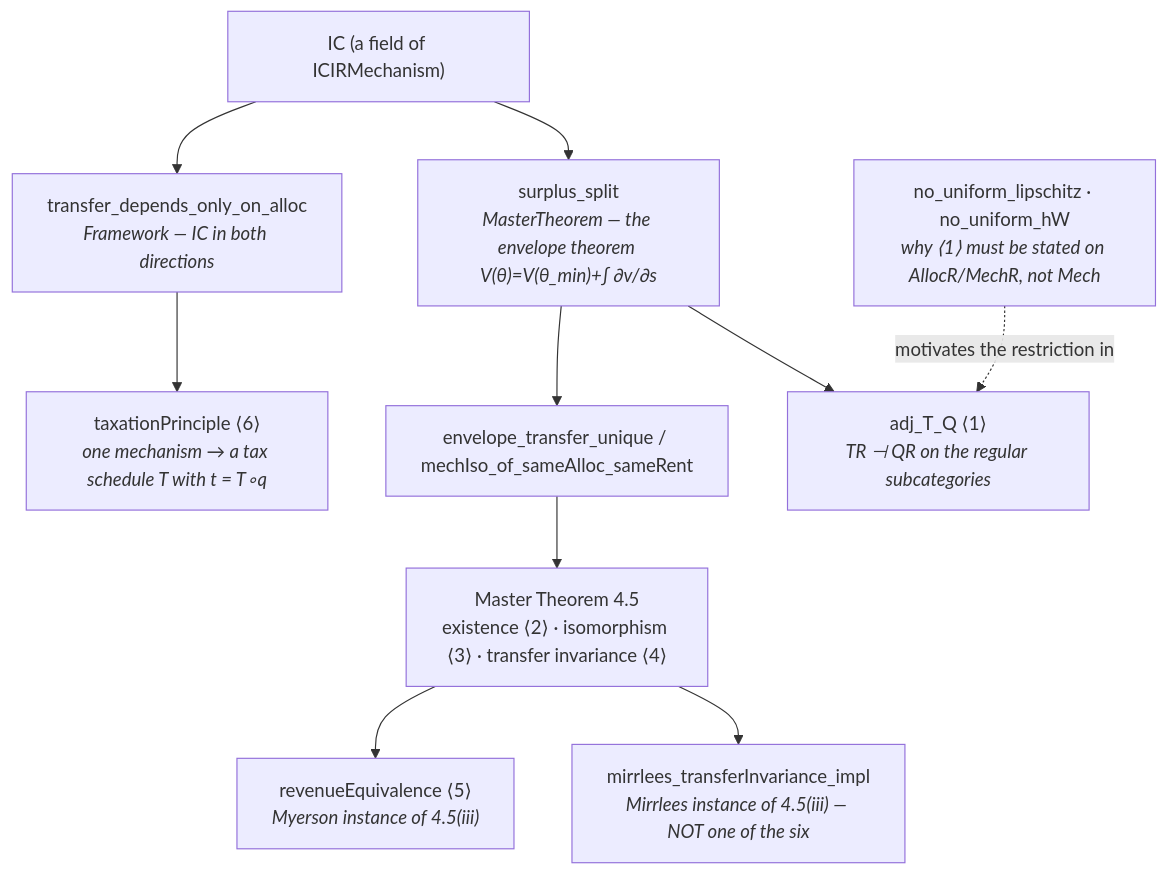
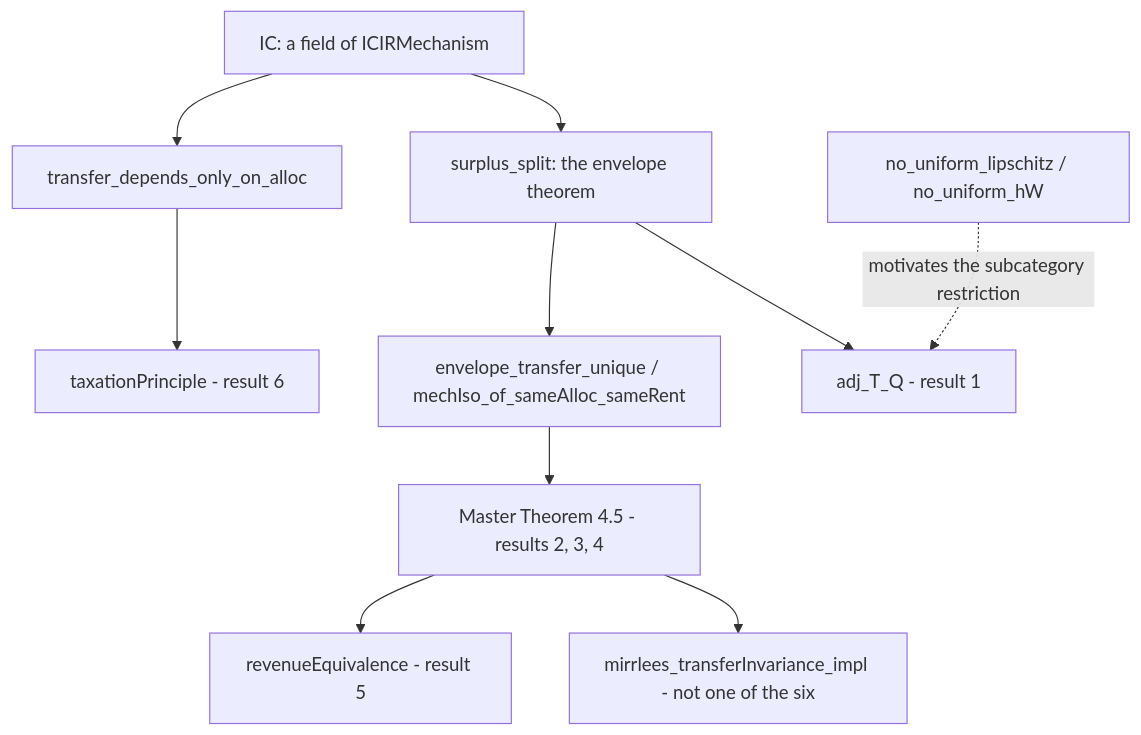
Before and after one commit to sanderrenes/myerson-mirrlees-adjunction-palomar-format: the second of 3 diagrams in README.md, drawn with Mermaid. The commit also changed other lines of this file and 1 other file, not shown here.

First line of the commit message:
README: simplify Mermaid graphs so edges render on GitHub

````diff
--- a/README.md
+++ b/README.md
@@ -120,22 +119,23 @@
 ```mermaid
 flowchart TD
-    IC["IC (a field of ICIRMechanism)"]
-    TDA["transfer_depends_only_on_alloc<br/><i>Framework — IC in both directions</i>"]
-    TP["taxationPrinciple ⟨6⟩<br/><i>one mechanism → a tax schedule T with t = T∘q</i>"]
+    IC["IC: a field of ICIRMechanism"]
+    TDA["transfer_depends_only_on_alloc"]
+    TP["taxationPrinciple - result 6"]
+    SS["surplus_split: the envelope theorem"]
+    ETU["envelope_transfer_unique / mechIso_of_sameAlloc_sameRent"]
+    MT4["Master Theorem 4.5 - results 2, 3, 4"]
+    RE["revenueEquivalence - result 5"]
+    MI["mirrlees_transferInvariance_impl - not one of the six"]
+    ADJ["adj_T_Q - result 1"]
+    NU["no_uniform_lipschitz / no_uniform_hW"]
 
-    SS["surplus_split<br/><i>MasterTheorem — the envelope theorem V(θ)=V(θ_min)+∫ ∂v/∂s</i>"]
-    ETU["envelope_transfer_unique / mechIso_of_sameAlloc_sameRent"]
-    MT4["Master Theorem 4.5<br/>existence ⟨2⟩ · isomorphism ⟨3⟩ · transfer invariance ⟨4⟩"]
-    RE["revenueEquivalence ⟨5⟩<br/><i>Myerson instance of 4.5(iii)</i>"]
-    MI["mirrlees_transferInvariance_impl<br/><i>Mirrlees instance of 4.5(iii) — NOT one of the six</i>"]
-
-    ADJ["adj_T_Q ⟨1⟩<br/><i>TR ⊣ QR on the regular subcategories</i>"]
-    NU["no_uniform_lipschitz · no_uniform_hW<br/><i>why ⟨1⟩ must be stated on AllocR/MechR, not Mech</i>"]
-
-    IC --> TDA --> TP
-    IC --> SS --> ETU --> MT4
+    IC --> TDA
+    TDA --> TP
+    IC --> SS
+    SS --> ETU
+    ETU --> MT4
     MT4 --> RE
     MT4 --> MI
     SS --> ADJ
-    NU -. "motivates the restriction in" .-> ADJ
+    NU -.->|"motivates the subcategory restriction"| ADJ
 ```
````
